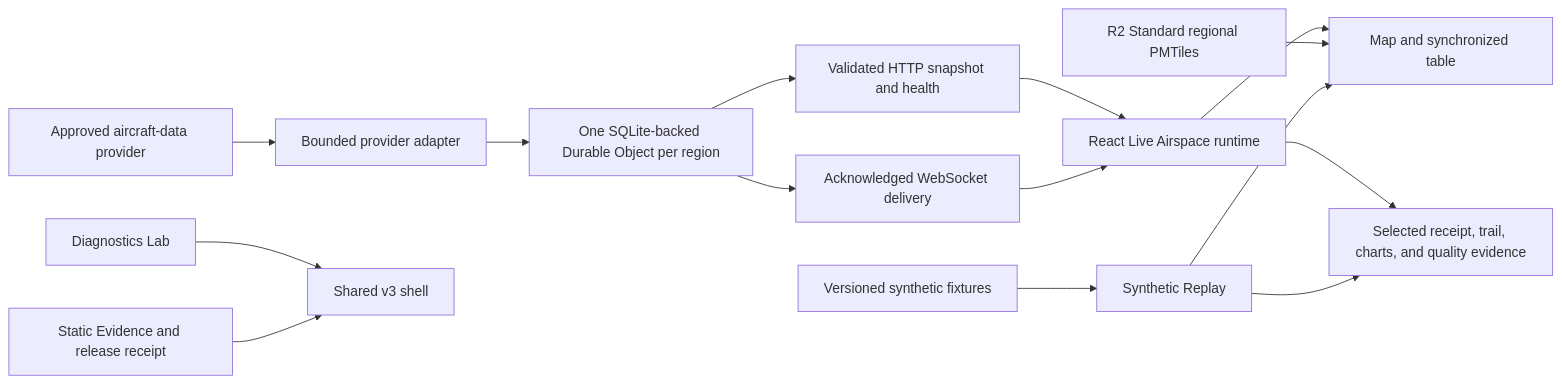
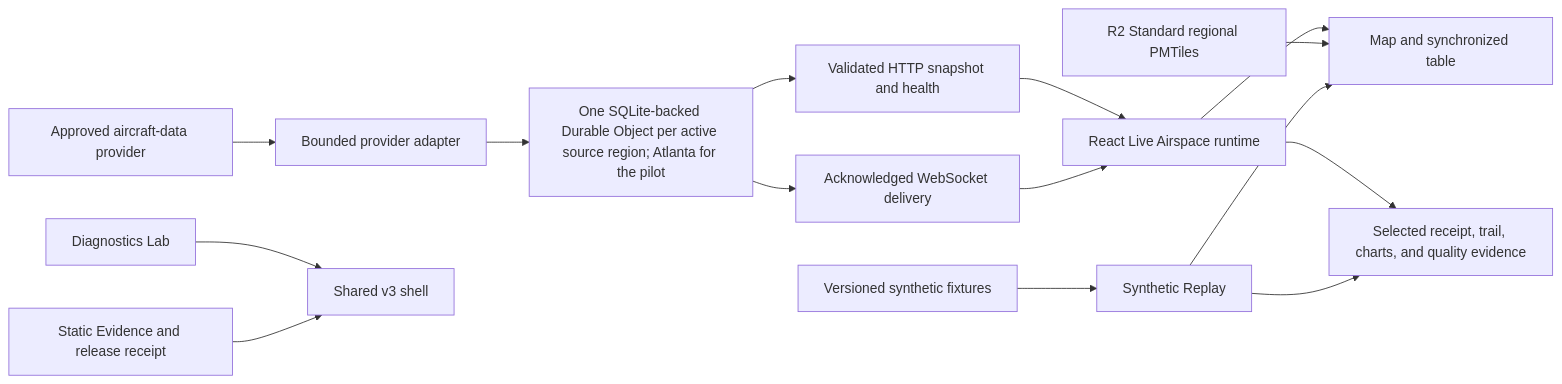
The diagram in docs/v3-ultra-roadmap.md (Kato-MT/Aviation-Dashboard-Project), drawn with Mermaid before and after one commit. The commit also changed other lines of this file and 47 other files, not shown here.

Commit message:
feat(live): enforce Atlanta ADS-B pilot envelope

````diff
--- a/docs/v3-ultra-roadmap.md
+++ b/docs/v3-ultra-roadmap.md
@@ -89,17 +90,17 @@
 ```mermaid
 flowchart LR
     P[Approved aircraft-data provider] --> A[Bounded provider adapter]
-    A --> D[One SQLite-backed Durable Object per region]
+    A --> D[One SQLite-backed Durable Object per active source region; Atlanta for the pilot]
     D --> H[Validated HTTP snapshot and health]
     D --> W[Acknowledged WebSocket delivery]
     H --> R[React Live Airspace runtime]
     W --> R
     R --> M[Map and synchronized table]
     R --> I[Selected receipt, trail, charts, and quality evidence]
     T[R2 Standard regional PMTiles] --> M
     X[Versioned synthetic fixtures] --> Y[Synthetic Replay]
     Y --> M
     Y --> I
     L[Diagnostics Lab] --> S[Shared v3 shell]
     E[Static Evidence and release receipt] --> S
 ```
````
